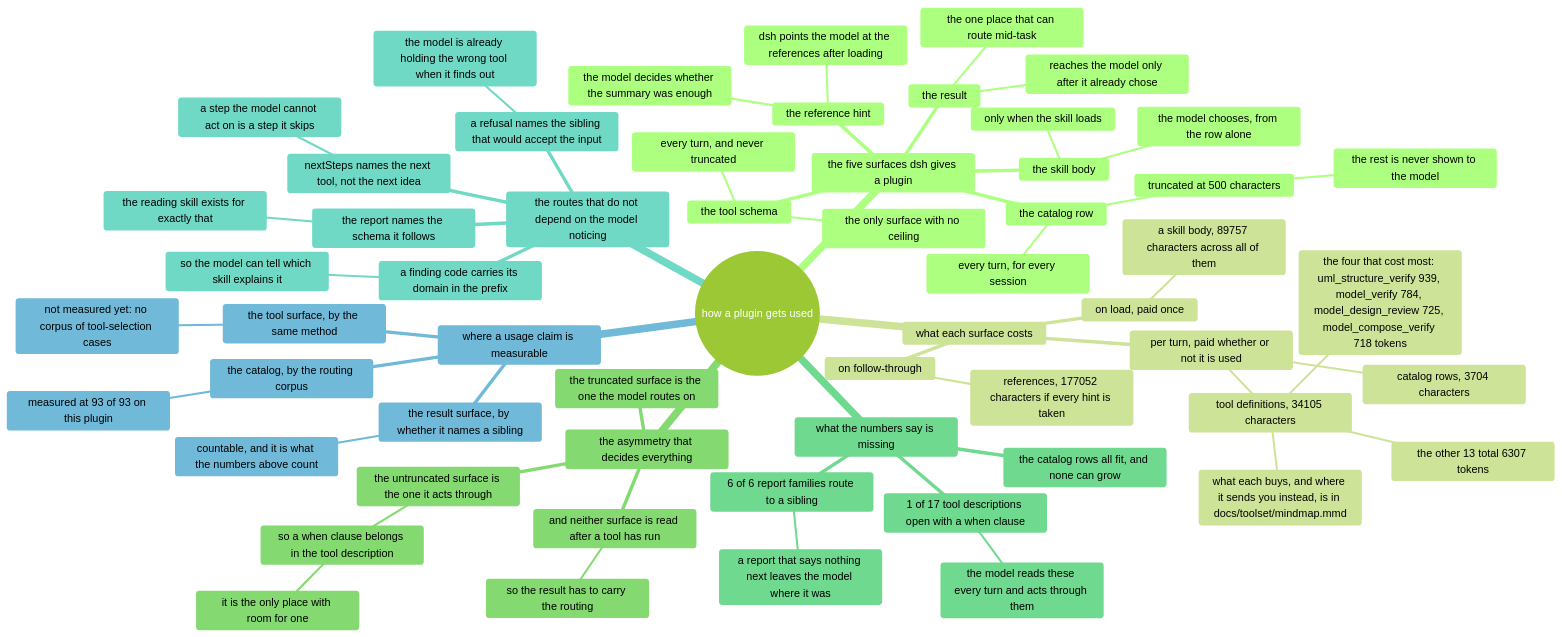
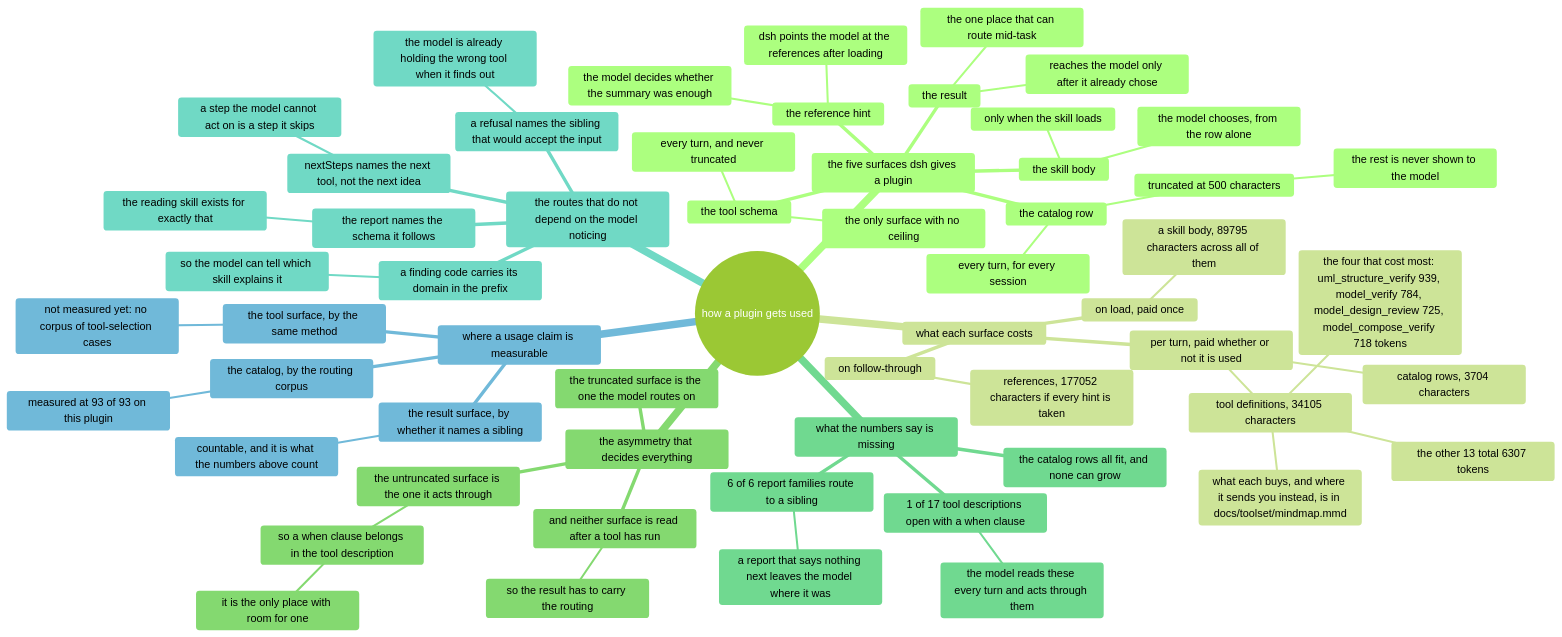
Before and after one commit to AmethystLuna/dsh-model-everything: the diagram in docs/usage/mindmap.mmd, drawn with Mermaid (forest theme). The commit also changed 17 other files, not shown here.

```diff
--- a/docs/usage/mindmap.mmd
+++ b/docs/usage/mindmap.mmd
@@ -1,59 +1,59 @@
 mindmap
 root((how a plugin gets used))
   the five surfaces dsh gives a plugin
     the catalog row
       every turn, for every session
       truncated at 500 characters
         the rest is never shown to the model
     the skill body
       only when the skill loads
       the model chooses, from the row alone
     the reference hint
       dsh points the model at the references after loading
       the model decides whether the summary was enough
     the tool schema
       every turn, and never truncated
       the only surface with no ceiling
     the result
       reaches the model only after it already chose
       the one place that can route mid-task
   what each surface costs
     per turn, paid whether or not it is used
       catalog rows, 3704 characters
       tool definitions, 34105 characters
         the four that cost most: uml_structure_verify 939, model_verify 784, model_design_review 725, model_compose_verify 718 tokens
         the other 13 total 6307 tokens
         what each buys, and where it sends you instead, is in docs/toolset/mindmap.mmd
     on load, paid once
-      a skill body, 89757 characters across all of them
+      a skill body, 89795 characters across all of them
     on follow-through
       references, 177052 characters if every hint is taken
   the asymmetry that decides everything
     the truncated surface is the one the model routes on
     the untruncated surface is the one it acts through
       so a when clause belongs in the tool description
         it is the only place with room for one
     and neither surface is read after a tool has run
       so the result has to carry the routing
   what the numbers say is missing
     1 of 17 tool descriptions open with a when clause
       the model reads these every turn and acts through them
     6 of 6 report families route to a sibling
       a report that says nothing next leaves the model where it was
     the catalog rows all fit, and none can grow
   the routes that do not depend on the model noticing
     a refusal names the sibling that would accept the input
       the model is already holding the wrong tool when it finds out
     nextSteps names the next tool, not the next idea
       a step the model cannot act on is a step it skips
     a finding code carries its domain in the prefix
       so the model can tell which skill explains it
     the report names the schema it follows
       the reading skill exists for exactly that
   where a usage claim is measurable
     the catalog, by the routing corpus
       measured at 93 of 93 on this plugin
     the tool surface, by the same method
       not measured yet: no corpus of tool-selection cases
     the result surface, by whether it names a sibling
       countable, and it is what the numbers above count
```
